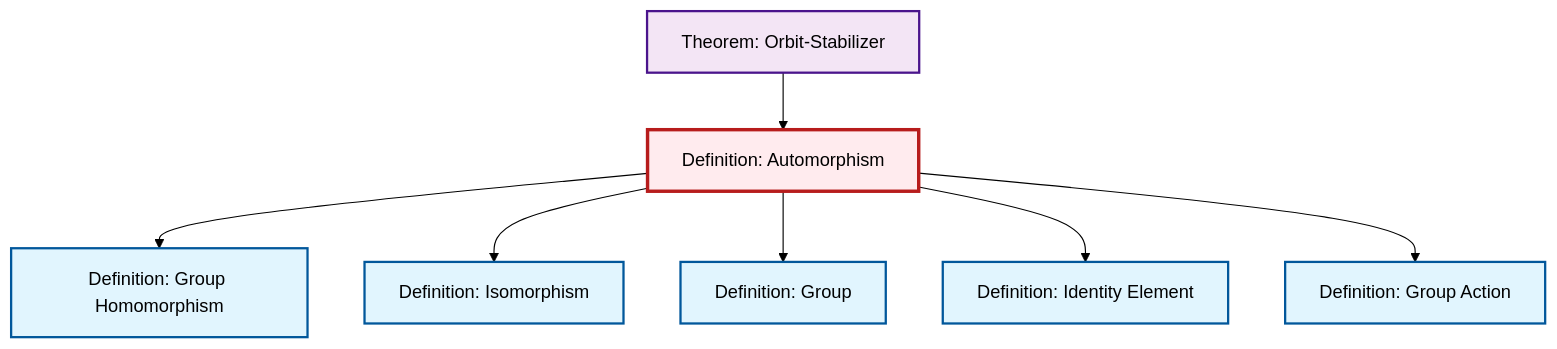
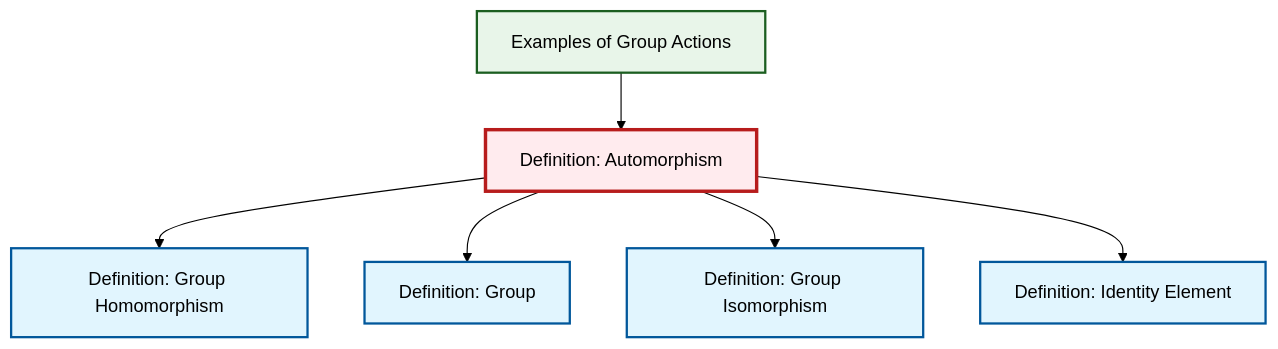
One commit to RK0429/ModernMath changed the diagram in content/en/algebra/def-automorphism.qmd. Above: the diagram before and after it, drawn with Mermaid (forest theme). The commit also changed other lines of this file and 581 other files, not shown here.

````diff
--- a/content/en/algebra/def-automorphism.qmd
+++ b/content/en/algebra/def-automorphism.qmd
@@ -99,29 +100,26 @@
 ```{mermaid}
 %%| fig-cap: "Local dependency graph"
 graph TD
     classDef definition fill:#e1f5fe,stroke:#01579b,stroke-width:2px
     classDef theorem fill:#f3e5f5,stroke:#4a148c,stroke-width:2px
     classDef axiom fill:#fff3e0,stroke:#e65100,stroke-width:2px
     classDef example fill:#e8f5e9,stroke:#1b5e20,stroke-width:2px
     classDef current fill:#ffebee,stroke:#b71c1c,stroke-width:3px
+    def-isomorphism["Definition: Group Isomorphism"]:::definition
+    ex-group-action-examples["Examples of Group Actions"]:::example
+    def-identity-element["Definition: Identity Element"]:::definition
+    def-group["Definition: Group"]:::definition
     def-automorphism["Definition: Automorphism"]:::definition
     def-homomorphism["Definition: Group Homomorphism"]:::definition
-    def-isomorphism["Definition: Isomorphism"]:::definition
-    def-group["Definition: Group"]:::definition
-    def-identity-element["Definition: Identity Element"]:::definition
-    def-group-action["Definition: Group Action"]:::definition
-    thm-orbit-stabilizer["Theorem: Orbit-Stabilizer"]:::theorem
     def-automorphism --> def-homomorphism
+    def-automorphism --> def-group
+    ex-group-action-examples --> def-automorphism
     def-automorphism --> def-isomorphism
-    def-automorphism --> def-group
     def-automorphism --> def-identity-element
-    def-automorphism --> def-group-action
-    thm-orbit-stabilizer --> def-automorphism
     class def-automorphism current
+    click def-isomorphism "def-isomorphism.html" "Go to Group Isomorphism definition"
+    click ex-group-action-examples "ex-group-action-examples.html" "Go to Examples of Group Actions"
+    click def-identity-element "def-identity-element.html" "Go to Identity Element definition"
+    click def-group "def-group.html" "Go to Group definition"
     click def-homomorphism "def-homomorphism.html" "Go to Group Homomorphism definition"
-    click def-isomorphism "def-isomorphism.html" "Go to Isomorphism definition"
-    click def-group "def-group.html" "Go to Group definition"
-    click def-identity-element "def-identity-element.html" "Go to Identity Element definition"
-    click def-group-action "def-group-action.html" "Go to Group Action definition"
-    click thm-orbit-stabilizer "thm-orbit-stabilizer.html" "Go to Orbit-Stabilizer theorem"
 ```
````
